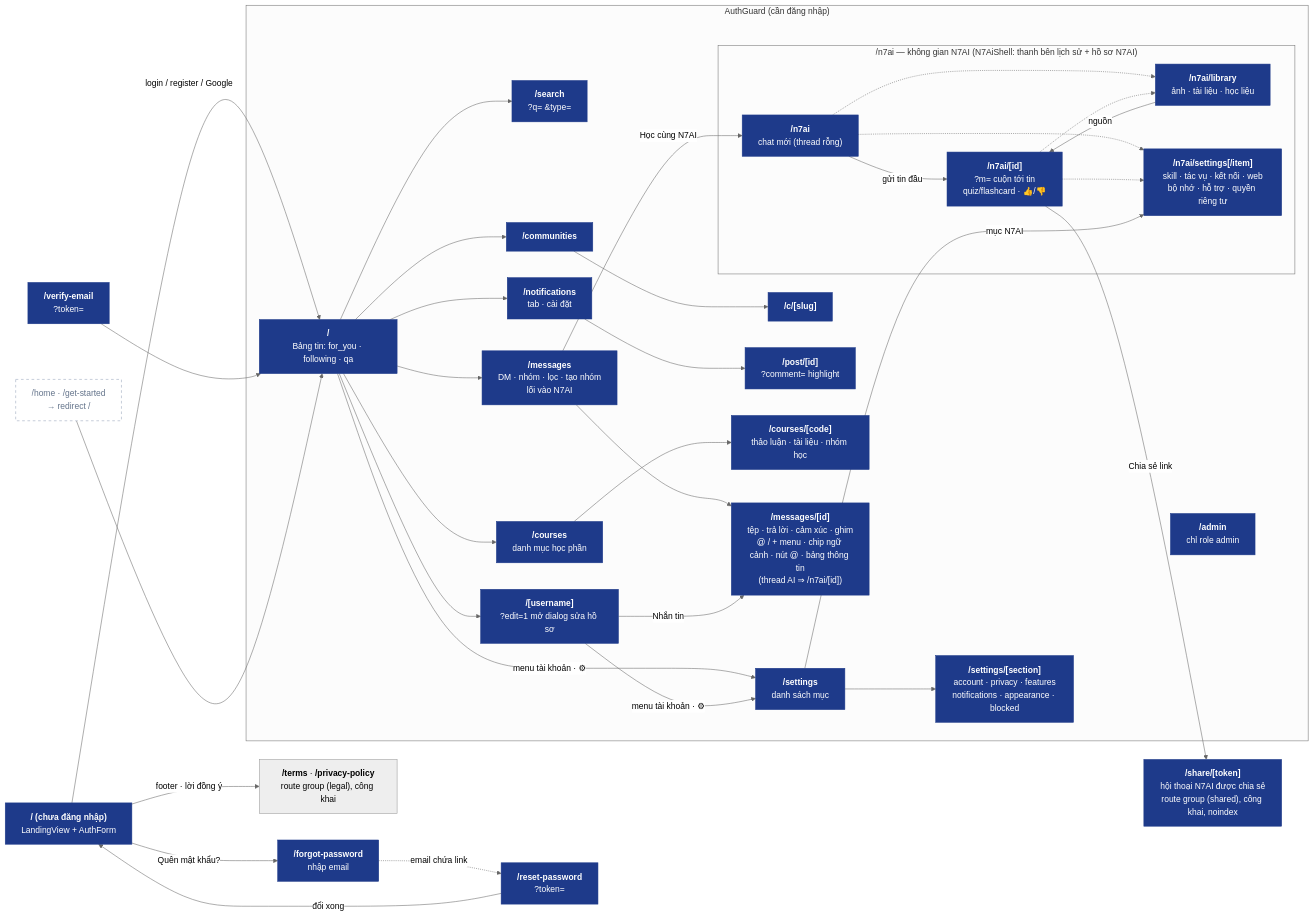
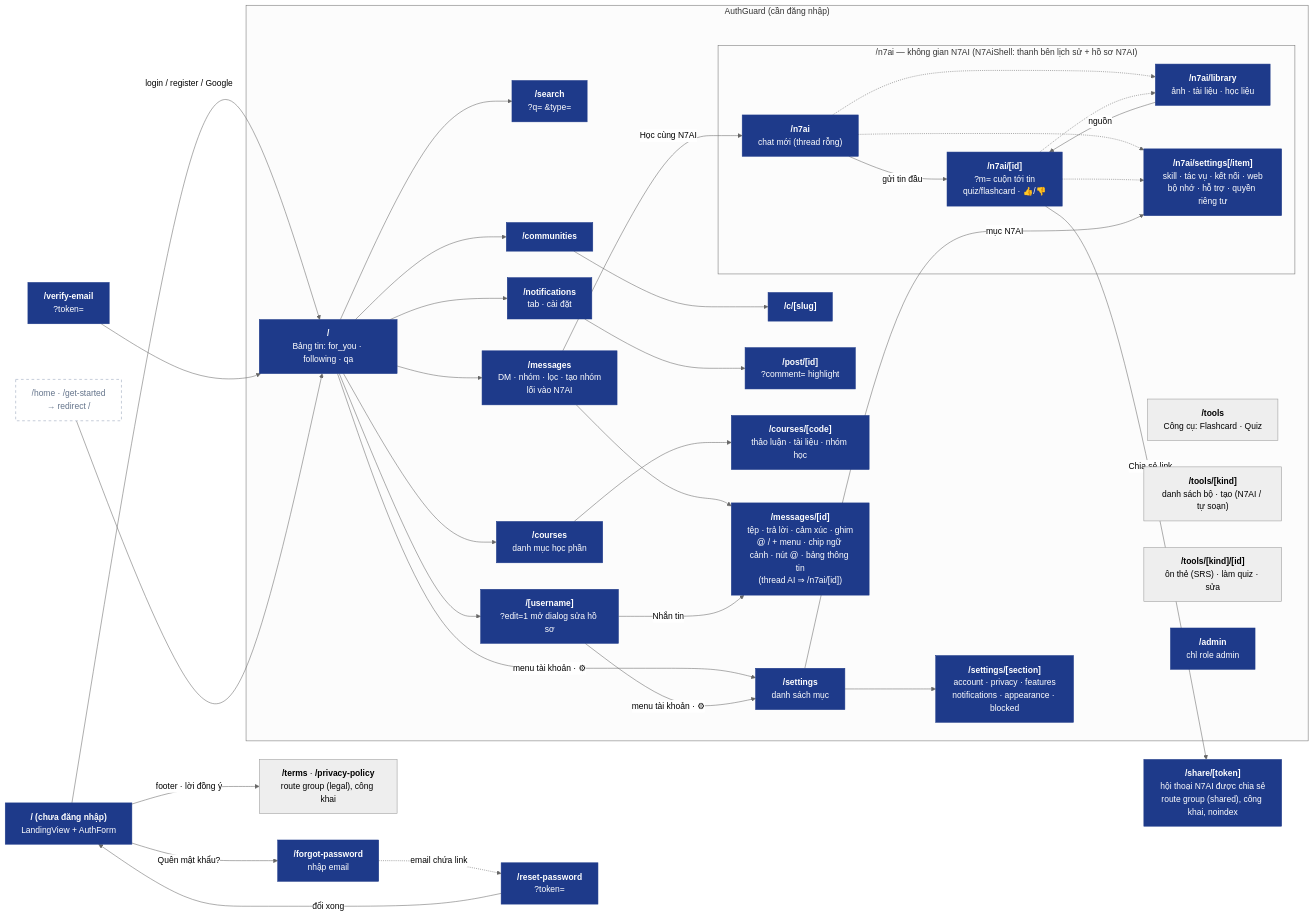
The first of 2 diagrams in docs/diagrams/07-web-app.md (nhatcoi/pu-connect), drawn with Mermaid (neutral theme) before and after one commit. The commit also changed other lines of this file and 4 other files, not shown here.

Commit message:
docs(tools): study tools design, FEAT, API/web diagrams and ERD

````diff
--- a/docs/diagrams/07-web-app.md
+++ b/docs/diagrams/07-web-app.md
@@ -7,61 +7,64 @@
 ```mermaid
 flowchart LR
   landing["<b>/ (chưa đăng nhập)</b><br/>LandingView + AuthForm"]
   verify["<b>/verify-email</b><br/>?token="]
   forgot["<b>/forgot-password</b><br/>nhập email"]
   reset["<b>/reset-password</b><br/>?token="]
   getstarted["/home · /get-started<br/>→ redirect /"]
   legal["<b>/terms</b> · <b>/privacy-policy</b><br/>route group (legal), công khai"]
   shared["<b>/share/[token]</b><br/>hội thoại N7AI được chia sẻ<br/>route group (shared), công khai, noindex"]
 
   subgraph guarded["AuthGuard (cần đăng nhập)"]
     home["<b>/</b><br/>Bảng tin: for_you · following · qa"]
     search["<b>/search</b><br/>?q= &type="]
     comms["<b>/communities</b>"]
     comm["<b>/c/[slug]</b>"]
     profile["<b>/[username]</b><br/>?edit=1 mở dialog sửa hồ sơ"]
     notif["<b>/notifications</b><br/>tab · cài đặt"]
     post["<b>/post/[id]</b><br/>?comment= highlight"]
     courses["<b>/courses</b><br/>danh mục học phần"]
     course["<b>/courses/[code]</b><br/>thảo luận · tài liệu · nhóm học"]
+    tools["<b>/tools</b><br/>Công cụ: Flashcard · Quiz"]
+    toolkind["<b>/tools/[kind]</b><br/>danh sách bộ · tạo (N7AI / tự soạn)"]
+    toolset["<b>/tools/[kind]/[id]</b><br/>ôn thẻ (SRS) · làm quiz · sửa"]
     msgs["<b>/messages</b><br/>DM · nhóm · lọc · tạo nhóm<br/>lối vào N7AI"]
     thread["<b>/messages/[id]</b><br/>tệp · trả lời · cảm xúc · ghim<br/>@ / + menu · chip ngữ cảnh · nút @ · bảng thông tin<br/>(thread AI ⇒ /n7ai/[id])"]
     subgraph n7ai["/n7ai — không gian N7AI (N7AiShell: thanh bên lịch sử + hồ sơ N7AI)"]
       n7aihome["<b>/n7ai</b><br/>chat mới (thread rỗng)"]
       n7aithread["<b>/n7ai/[id]</b><br/>?m= cuộn tới tin<br/>quiz/flashcard · 👍/👎"]
       n7ailib["<b>/n7ai/library</b><br/>ảnh · tài liệu · học liệu"]
       n7aiset["<b>/n7ai/settings[/item]</b><br/>skill · tác vụ · kết nối · web<br/>bộ nhớ · hỗ trợ · quyền riêng tư"]
     end
     adminp["<b>/admin</b><br/>chỉ role admin"]
     settings["<b>/settings</b><br/>danh sách mục"]
     settingsec["<b>/settings/[section]</b><br/>account · privacy · features<br/>notifications · appearance · blocked"]
   end
 
   landing -->|login / register / Google| home
   landing -->|footer · lời đồng ý| legal
   n7aithread -->|Chia sẻ link| shared
   verify --> home
   landing -->|Quên mật khẩu?| forgot
   forgot -.->|email chứa link| reset
   reset -->|đổi xong| landing
   getstarted --> home
   home --> search & comms & profile & notif
   notif --> post
   comms --> comm
   home --> courses & msgs
   courses --> course
   msgs --> thread
   msgs -->|Học cùng N7AI| n7aihome
   n7aihome -->|gửi tin đầu| n7aithread
   n7aihome & n7aithread -.-> n7ailib & n7aiset
   n7ailib -->|nguồn| n7aithread
   profile -->|Nhắn tin| thread
   home & profile -->|menu tài khoản · ⚙| settings
   settings --> settingsec
   settings -->|mục N7AI| n7aiset
 
   classDef page fill:#1e3a8a,stroke:#1e3a8a,color:#fff
   classDef redirect fill:#fff,stroke:#94a3b8,color:#64748b,stroke-dasharray:5 5
   class landing,verify,forgot,reset,home,search,comms,comm,profile,notif,post,courses,course,msgs,thread,adminp,settings,settingsec,n7aihome,n7aithread,n7ailib,n7aiset,shared page
   class getstarted redirect
 ```
````
